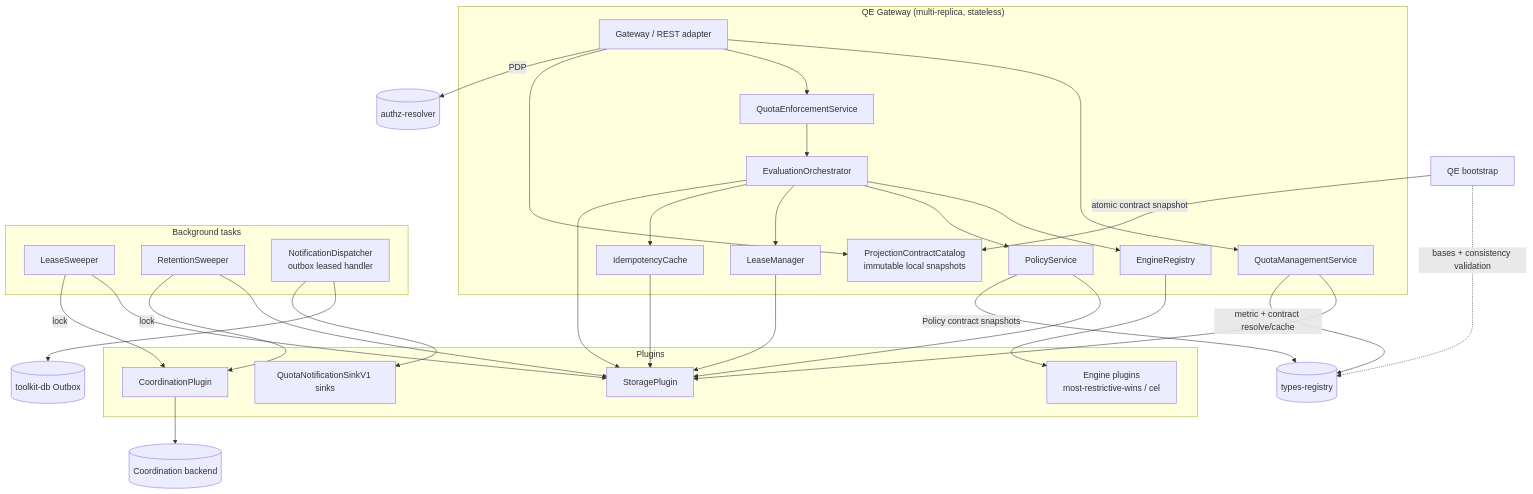
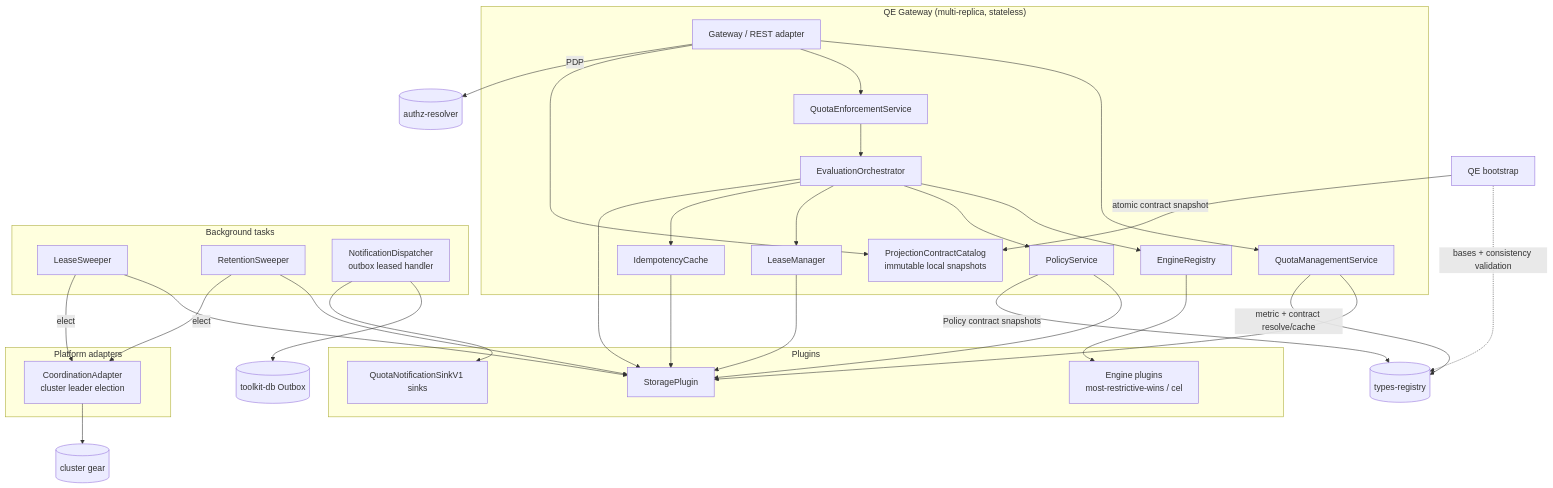
The third of 17 diagrams in gears/system/quota-enforcement/docs/DESIGN.md (constructorfabric/gears-rust), drawn with Mermaid before and after one commit. The commit also changed other lines of this file and 9 other files, not shown here.

Commit message:
docs(quota-enforcement): consume cluster leader election for sweeper singletons

````diff
--- a/gears/system/quota-enforcement/docs/DESIGN.md
+++ b/gears/system/quota-enforcement/docs/DESIGN.md
@@ -419,54 +420,57 @@
 ```mermaid
 graph TB
     subgraph "QE Gateway (multi-replica, stateless)"
         GW[Gateway / REST adapter]
         QMS[QuotaManagementService]
         QES[QuotaEnforcementService]
         EO[EvaluationOrchestrator]
         PS[PolicyService]
         ER[EngineRegistry]
         LM[LeaseManager]
         IC[IdempotencyCache]
         PCC[ProjectionContractCatalog<br/>immutable local snapshots]
         GW --> QMS
         GW --> QES
         GW --> PCC
         QES --> EO
         EO --> ER
         EO --> PS
         EO --> LM
         EO --> IC
     end
 
     subgraph "Plugins"
         SP[StoragePlugin]
-        CP[CoordinationPlugin]
         Engines[Engine plugins<br/>most-restrictive-wins / cel]
         Notif[QuotaNotificationSinkV1 sinks]
+    end
+
+    subgraph "Platform adapters"
+        CA[CoordinationAdapter<br/>cluster leader election]
     end
 
     subgraph "Background tasks"
         LS[LeaseSweeper]
         RS[RetentionSweeper]
         ND[NotificationDispatcher<br/>outbox leased handler]
     end
 
     EO --> SP
     LM --> SP
     QMS --> SP
     PS --> SP
     IC --> SP
     ER --> Engines
     LS --> SP
     RS --> SP
     ND --> Outbox2[(toolkit-db Outbox)]
     ND --> Notif
-    LS -->|lock| CP
-    RS -->|lock| CP
+    LS -->|elect| CA
+    RS -->|elect| CA
         GW -->|PDP| AuthzResolver[(authz-resolver)]
     QMS -->|metric + contract resolve/cache| TR[(types-registry)]
     PS -->|Policy contract snapshots| TR
     GWBoot[QE bootstrap] -. bases + consistency validation .-> TR
     GWBoot -->|atomic contract snapshot| PCC
-    CP --> CoordBackend[(Coordination backend)]
+    CA --> Cluster[(cluster gear)]
 ```
````
